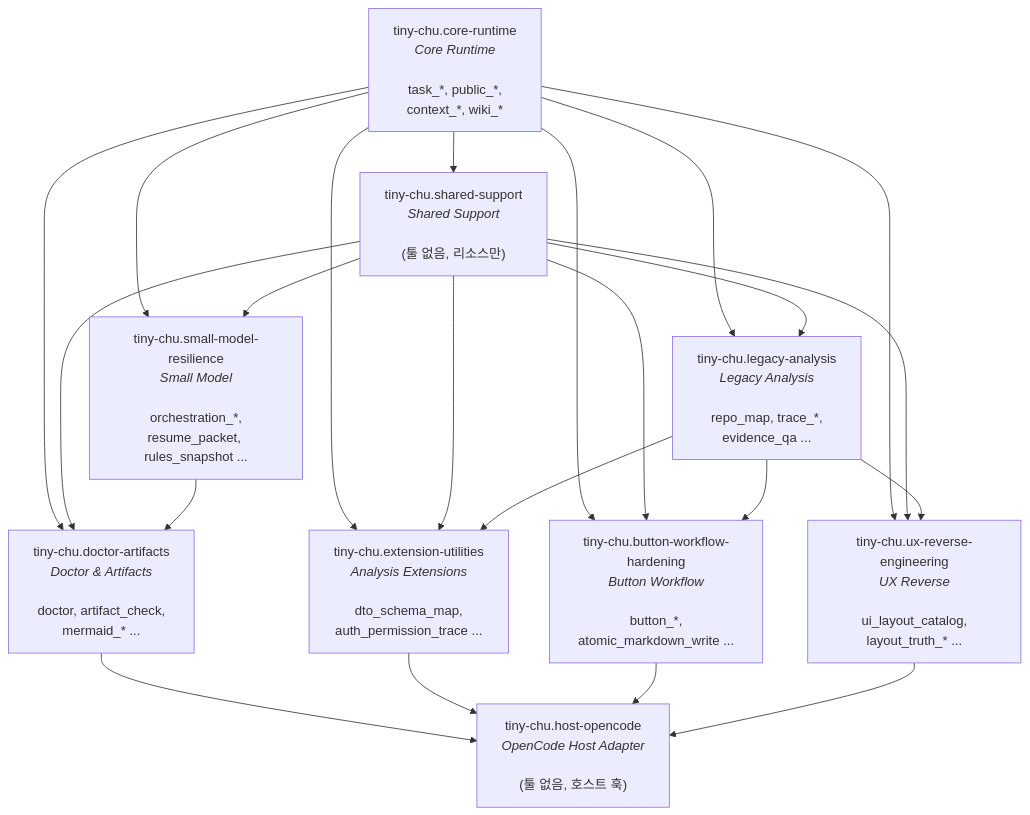
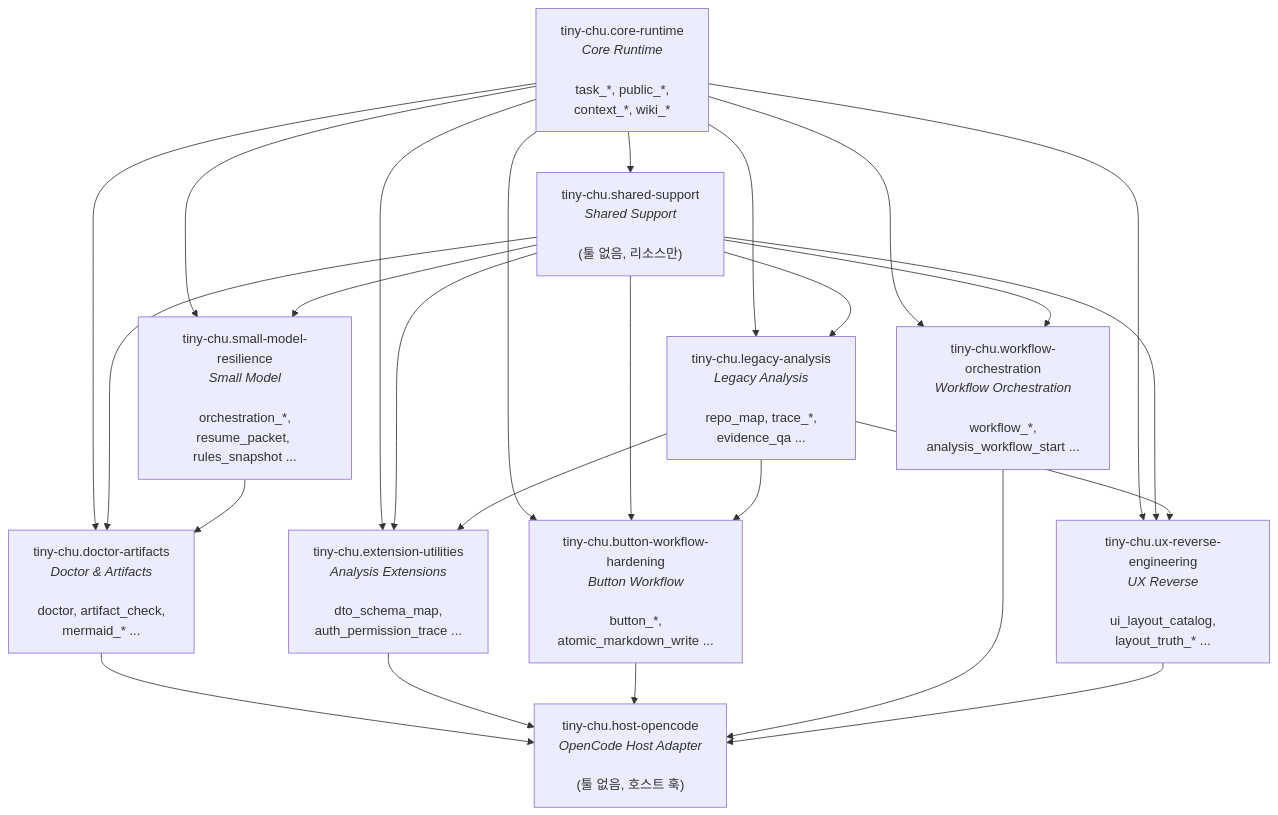
Before and after one commit to WonderRabbit/Tiny-Chu: the diagram in docs/architecture/03-feature-packages.md, drawn with Mermaid. The commit also changed other lines of this file and 12 other files, not shown here.

Commit message:
sync workflow orchestration docs

````diff
--- a/docs/architecture/03-feature-packages.md
+++ b/docs/architecture/03-feature-packages.md
@@ -47,34 +48,38 @@
 ```mermaid
 flowchart TD
     core["tiny-chu.core-runtime<br/><i>Core Runtime</i><br/><br/>task_*, public_*,<br/>context_*, wiki_*"]
     support["tiny-chu.shared-support<br/><i>Shared Support</i><br/><br/>(툴 없음, 리소스만)"]
     legacy["tiny-chu.legacy-analysis<br/><i>Legacy Analysis</i><br/><br/>repo_map, trace_*,<br/>evidence_qa ..."]
     ext["tiny-chu.extension-utilities<br/><i>Analysis Extensions</i><br/><br/>dto_schema_map,<br/>auth_permission_trace ..."]
     button["tiny-chu.button-workflow-hardening<br/><i>Button Workflow</i><br/><br/>button_*,<br/>atomic_markdown_write ..."]
+    workflow["tiny-chu.workflow-orchestration<br/><i>Workflow Orchestration</i><br/><br/>workflow_*,<br/>analysis_workflow_start ..."]
     small["tiny-chu.small-model-resilience<br/><i>Small Model</i><br/><br/>orchestration_*,<br/>resume_packet, rules_snapshot ..."]
     ux["tiny-chu.ux-reverse-engineering<br/><i>UX Reverse</i><br/><br/>ui_layout_catalog,<br/>layout_truth_* ..."]
     doctor["tiny-chu.doctor-artifacts<br/><i>Doctor & Artifacts</i><br/><br/>doctor, artifact_check,<br/>mermaid_* ..."]
     host["tiny-chu.host-opencode<br/><i>OpenCode Host Adapter</i><br/><br/>(툴 없음, 호스트 훅)"]
 
     core --> support
     core --> legacy
     support --> legacy
     core --> ext
     support --> ext
     legacy --> ext
+    core --> workflow
+    support --> workflow
     core --> button
     support --> button
     legacy --> button
     core --> small
     support --> small
     core --> ux
     support --> ux
     legacy --> ux
     core --> doctor
     support --> doctor
     small --> doctor
     doctor --> host
     ext --> host
     button --> host
+    workflow --> host
     ux --> host
 ```
````
